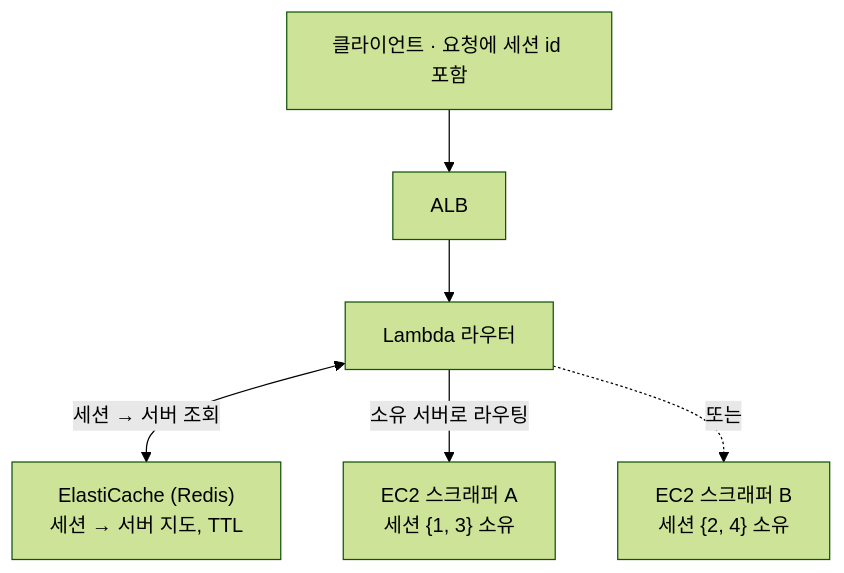
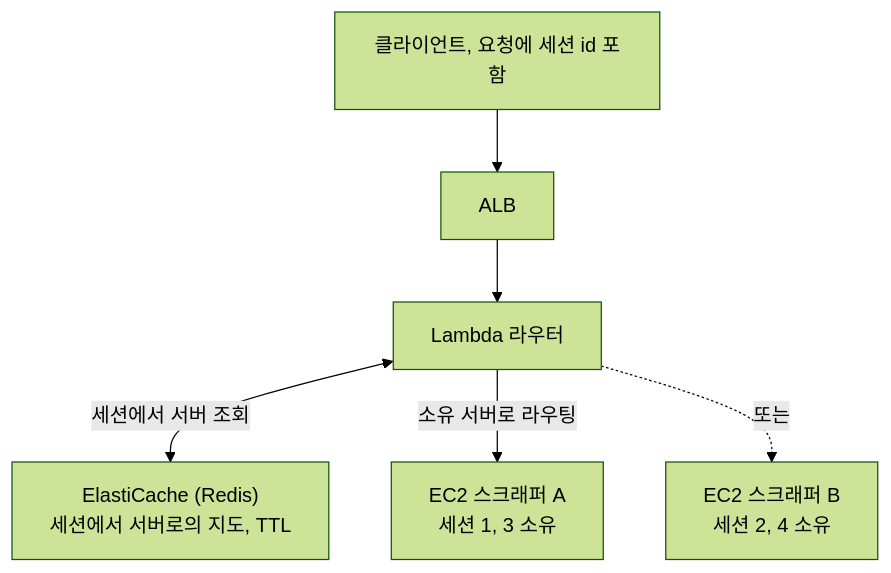
Before and after one commit to kukjun/blog: the diagram in src/content/blog/ko/session-aware-routing.md, drawn with Mermaid (forest theme). The commit also changed other lines of this file and 10 other files, not shown here.

````diff
--- a/src/content/blog/ko/session-aware-routing.md
+++ b/src/content/blog/ko/session-aware-routing.md
@@ -54,8 +54,8 @@
 ```mermaid
 flowchart TD
-  C["클라이언트 · 요청에 세션 id 포함"] --> ALB["ALB"]
+  C["클라이언트, 요청에 세션 id 포함"] --> ALB["ALB"]
   ALB --> R["Lambda 라우터"]
-  R <-->|"세션 → 서버 조회"| K["ElastiCache (Redis)<br/>세션 → 서버 지도, TTL"]
-  R -->|"소유 서버로 라우팅"| S1["EC2 스크래퍼 A<br/>세션 {1, 3} 소유"]
-  R -.->|"또는"| S2["EC2 스크래퍼 B<br/>세션 {2, 4} 소유"]
+  R <-->|"세션에서 서버 조회"| K["ElastiCache (Redis)<br/>세션에서 서버로의 지도, TTL"]
+  R -->|"소유 서버로 라우팅"| S1["EC2 스크래퍼 A<br/>세션 1, 3 소유"]
+  R -.->|"또는"| S2["EC2 스크래퍼 B<br/>세션 2, 4 소유"]
 ```
````
